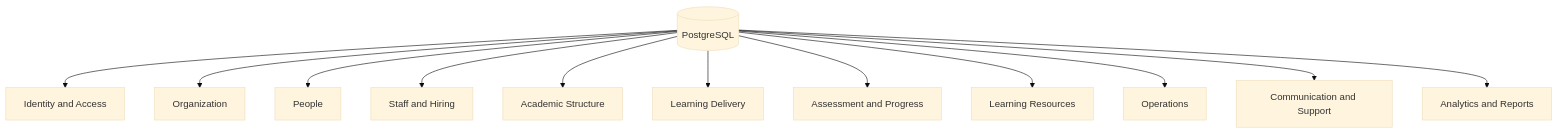
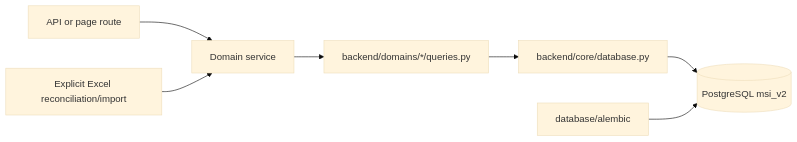
The diagram in docs/ENGINEERING_DATABASE.md (Khamid22/msischoolbot_v2), drawn with Mermaid (base theme) before and after one commit. The commit also changed other lines of this file and 433 other files, not shown here.

First line of the commit message:
Restructure backend into core + feature modules (modular monolith)

````diff
--- a/docs/ENGINEERING_DATABASE.md
+++ b/docs/ENGINEERING_DATABASE.md
@@ -96,15 +9,14 @@
 ```mermaid
-flowchart TD
-    DB[(PostgreSQL)]
-    DB --> Identity[Identity and Access]
-    DB --> Org[Organization]
-    DB --> People[People]
-    DB --> Staff[Staff and Hiring]
-    DB --> Academic[Academic Structure]
-    DB --> Delivery[Learning Delivery]
-    DB --> Assessment[Assessment and Progress]
-    DB --> Resources[Learning Resources]
-    DB --> Ops[Operations]
-    DB --> Support[Communication and Support]
-    DB --> Reports[Analytics and Reports]
+flowchart LR
+    Route[API or page route]
+    Service[Domain service]
+    Query["backend/domains/*/queries.py"]
+    Core[backend/core/database.py]
+    DB[(PostgreSQL msi_v2)]
+    Alembic[database/alembic]
+    Import[Explicit Excel reconciliation/import]
+
+    Route --> Service --> Query --> Core --> DB
+    Alembic --> DB
+    Import --> Service
 ```
````
